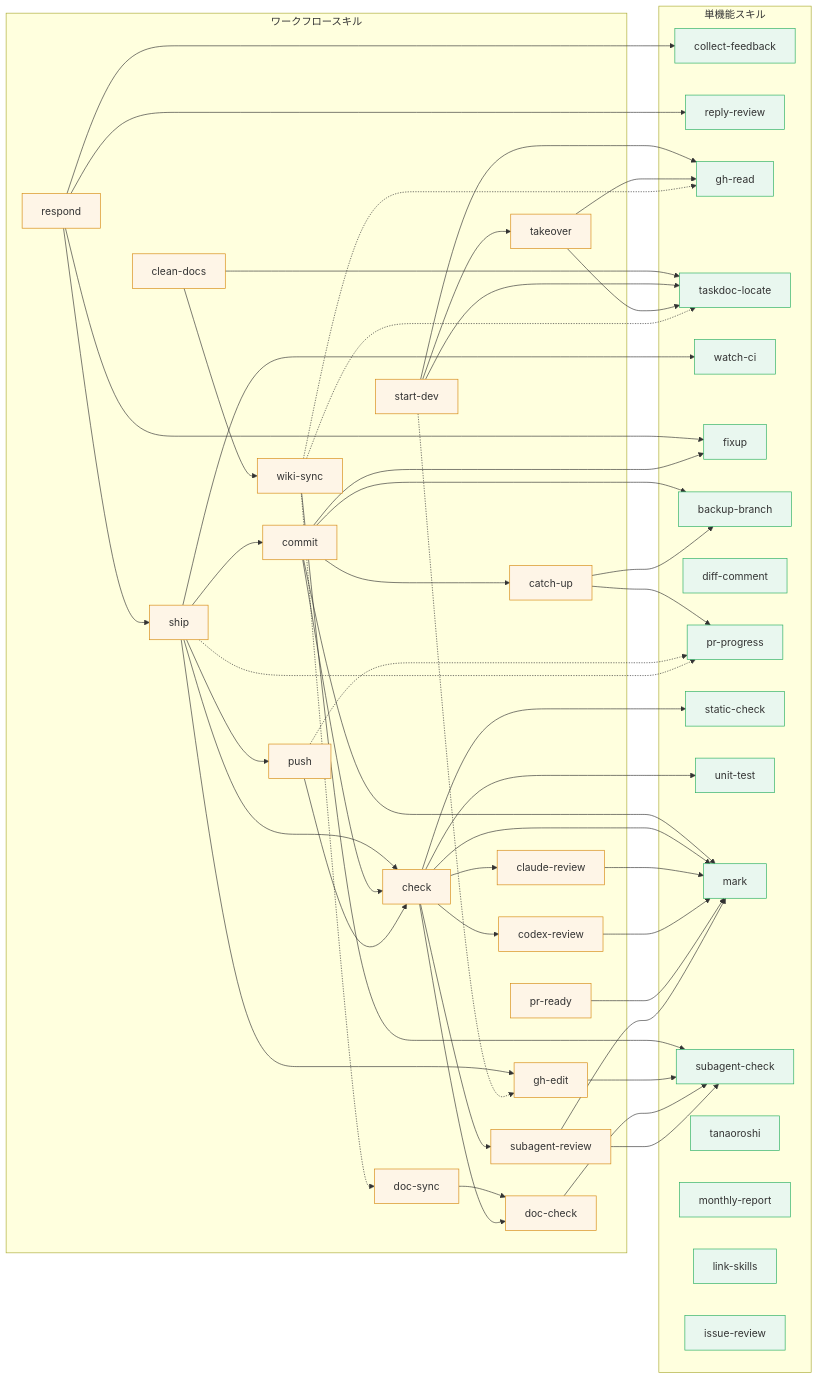
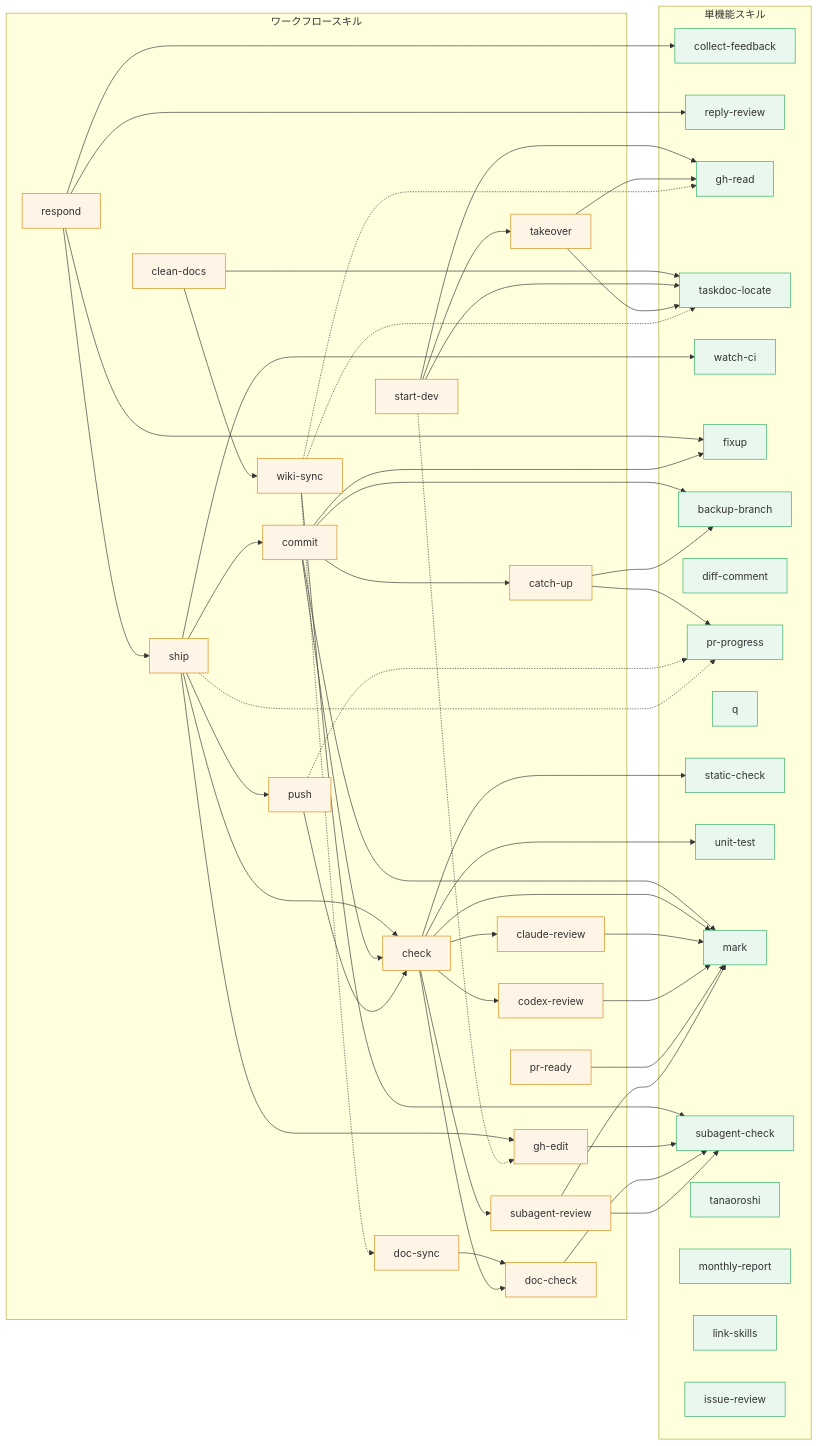
Before and after one commit to mistbind3u88/bonsai: the second of 2 diagrams in README.md, drawn with Mermaid. The commit also changed other lines of this file and 4 other files, not shown here.

```diff
--- a/README.md
+++ b/README.md
@@ -130,6 +131,7 @@
         backup-branch:::single
         diff-comment:::single
         pr-progress:::single
+        q:::single
         static-check:::single
         unit-test:::single
         mark:::single
```
